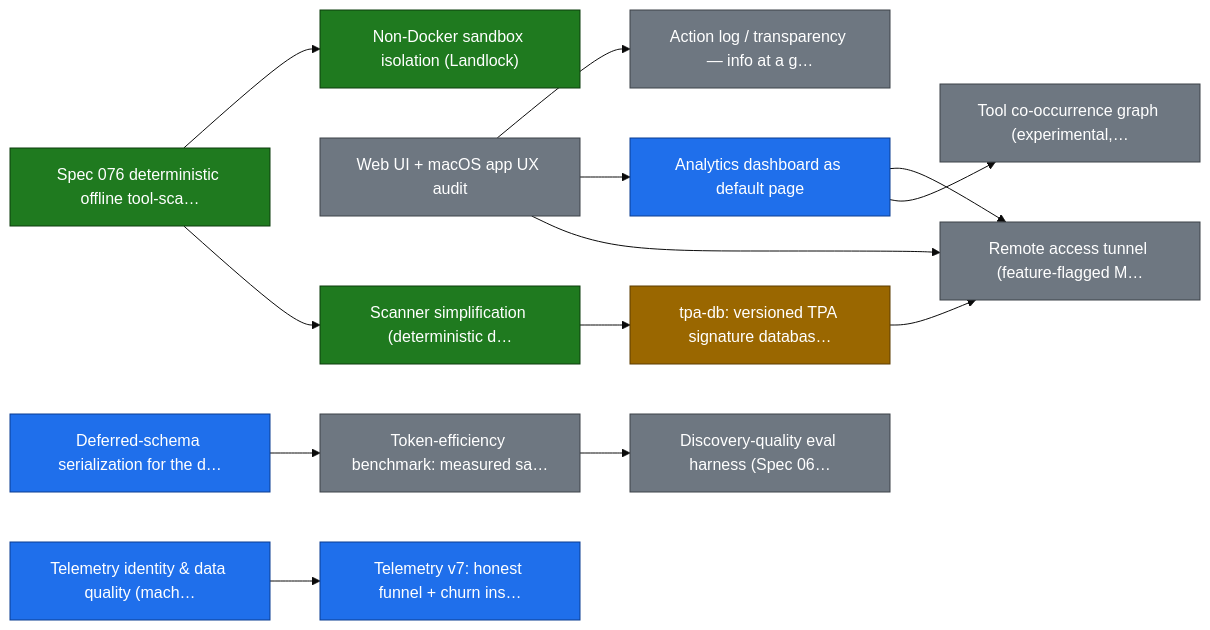
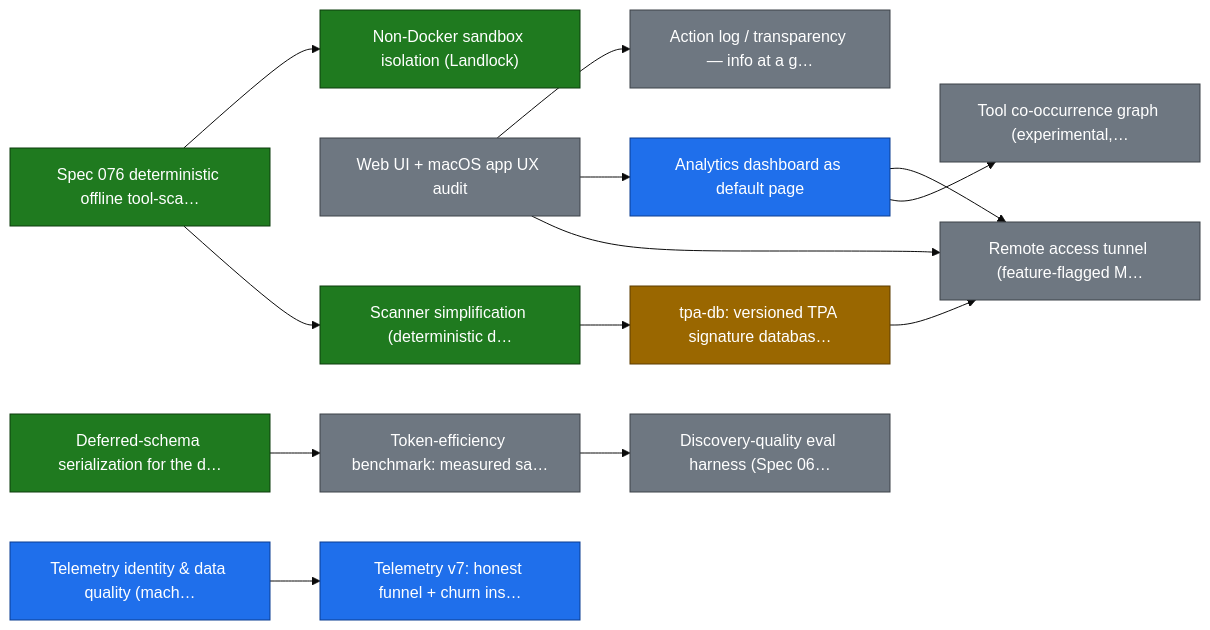
One commit to smart-mcp-proxy/mcpproxy-go changed the first of 20 diagrams in ROADMAP.md. Above: the diagram before and after it, drawn with Mermaid (base theme). The commit also changed other lines of this file and 9 other files, not shown here.

````diff
--- a/ROADMAP.md
+++ b/ROADMAP.md
@@ -36,39 +36,39 @@
 ```mermaid
 graph LR
   sandbox_isolation["Non-Docker sandbox isolation (Landlock)"]
   scanner_v2["Spec 076 deterministic offline tool-sca…"]
   ux_audit["Web UI + macOS app UX audit"]
   action_log_transparency["Action log / transparency — info at a g…"]
   analytics_dashboard["Analytics dashboard as default page"]
   scanner_simplification["Scanner simplification (deterministic d…"]
   tpa_db["tpa-db: versioned TPA signature databas…"]
   remote_access_tunnel["Remote access tunnel (feature-flagged M…"]
   schema_deferred["Deferred-schema serialization for the d…"]
   token_bench["Token-efficiency benchmark: measured sa…"]
   tool_graph["Tool co-occurrence graph (experimental,…"]
   telemetry_identity["Telemetry identity & data quality (mach…"]
   telemetry_v7_churn["Telemetry v7: honest funnel + churn ins…"]
   discovery_eval_harness["Discovery-quality eval harness (Spec 06…"]
 
   scanner_v2 --> sandbox_isolation
   ux_audit --> action_log_transparency
   ux_audit --> analytics_dashboard
   scanner_v2 --> scanner_simplification
   scanner_simplification --> tpa_db
   tpa_db --> remote_access_tunnel
   ux_audit --> remote_access_tunnel
   analytics_dashboard --> remote_access_tunnel
   schema_deferred --> token_bench
   analytics_dashboard --> tool_graph
   telemetry_identity --> telemetry_v7_churn
   token_bench --> discovery_eval_harness
 
   classDef done fill:#1f7a1f,stroke:#0d3d0d,color:#ffffff;
   classDef in_progress fill:#1f6feb,stroke:#0b3d91,color:#ffffff;
   classDef in_review fill:#9a6700,stroke:#5c3d00,color:#ffffff;
   classDef todo fill:#6e7781,stroke:#3d4248,color:#ffffff;
-  class sandbox_isolation,scanner_v2,scanner_simplification done;
-  class analytics_dashboard,schema_deferred,telemetry_identity,telemetry_v7_churn in_progress;
+  class sandbox_isolation,scanner_v2,scanner_simplification,schema_deferred done;
+  class analytics_dashboard,telemetry_identity,telemetry_v7_churn in_progress;
   class tpa_db in_review;
   class ux_audit,action_log_transparency,remote_access_tunnel,token_bench,tool_graph,discovery_eval_harness todo;
 ```
````
